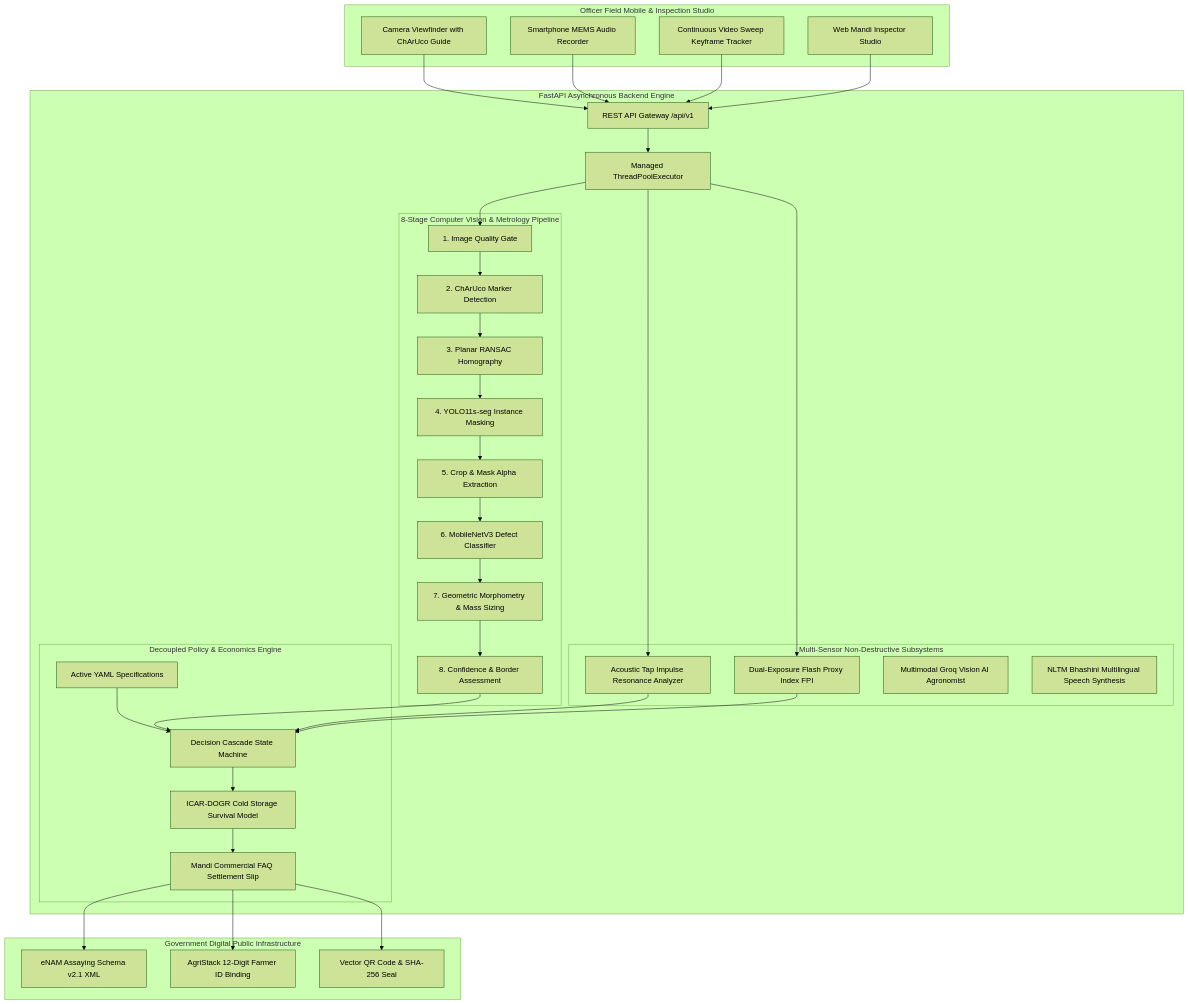
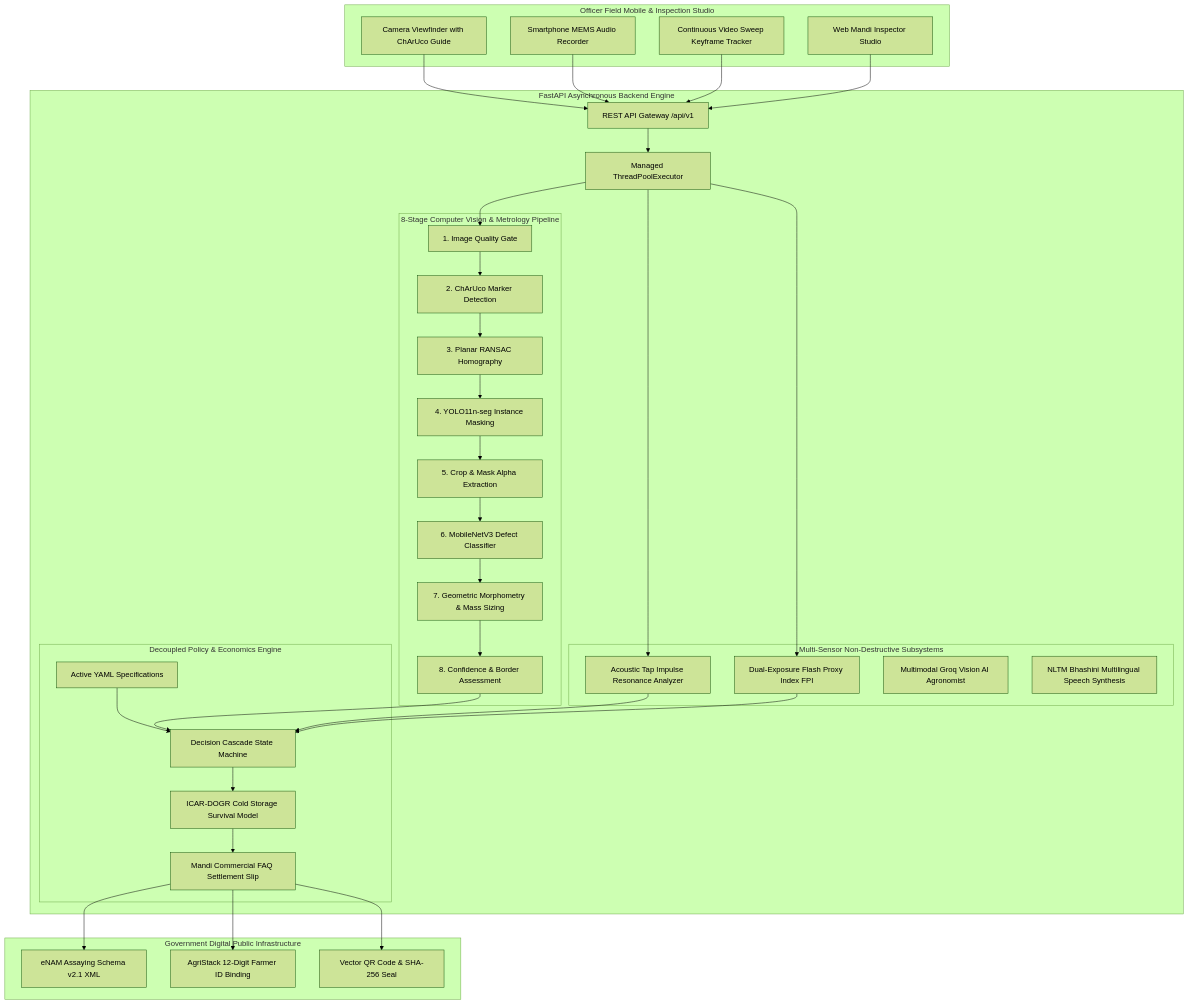
One commit to notUbaid/Cepa changed the first of 3 diagrams in README.md. Above: the diagram before and after it, drawn with Mermaid (forest theme). The commit also changed other lines of this file and 10 other files, not shown here.

````diff
--- a/README.md
+++ b/README.md
@@ -190,64 +190,64 @@
 ```mermaid
 graph TB
   subgraph FieldTier ["Officer Field Mobile & Inspection Studio"]
     CAM["Camera Viewfinder with ChArUco Guide"]
     MIC["Smartphone MEMS Audio Recorder"]
     VID["Continuous Video Sweep Keyframe Tracker"]
     UI["Web Mandi Inspector Studio"]
   end
 
   subgraph EngineTier ["FastAPI Asynchronous Backend Engine"]
     API["REST API Gateway /api/v1"]
     TPE["Managed ThreadPoolExecutor"]
     
     subgraph CVPipeline ["8-Stage Computer Vision & Metrology Pipeline"]
       QG["1. Image Quality Gate"]
       MD["2. ChArUco Marker Detection"]
       PR["3. Planar RANSAC Homography"]
-      IS["4. YOLO11s-seg Instance Masking"]
+      IS["4. YOLO11n-seg Instance Masking"]
       CE["5. Crop & Mask Alpha Extraction"]
       DC["6. MobileNetV3 Defect Classifier"]
       ME["7. Geometric Morphometry & Mass Sizing"]
       CT["8. Confidence & Border Assessment"]
       
       QG --> MD --> PR --> IS --> CE --> DC --> ME --> CT
     end
     
     subgraph NDTTier ["Multi-Sensor Non-Destructive Subsystems"]
       AC["Acoustic Tap Impulse Resonance Analyzer"]
       FP["Dual-Exposure Flash Proxy Index FPI"]
       GQ["Multimodal Groq Vision AI Agronomist"]
       BH["NLTM Bhashini Multilingual Speech Synthesis"]
     end
 
     subgraph PolicyTier ["Decoupled Policy & Economics Engine"]
       POL["Active YAML Specifications"]
       ENG["Decision Cascade State Machine"]
       DOGR["ICAR-DOGR Cold Storage Survival Model"]
       COMM["Mandi Commercial FAQ Settlement Slip"]
       
       POL --> ENG --> DOGR --> COMM
     end
   end
 
   subgraph DPITier ["Government Digital Public Infrastructure"]
     ENAM["eNAM Assaying Schema v2.1 XML"]
     AGRI["AgriStack 12-Digit Farmer ID Binding"]
     CERT["Vector QR Code & SHA-256 Seal"]
   end
 
   CAM --> API
   MIC --> API
   VID --> API
   UI --> API
   API --> TPE
   TPE --> QG
   TPE --> AC
   TPE --> FP
   CT --> ENG
   AC --> ENG
   FP --> ENG
   COMM --> ENAM
   COMM --> AGRI
   COMM --> CERT
 ```
````
